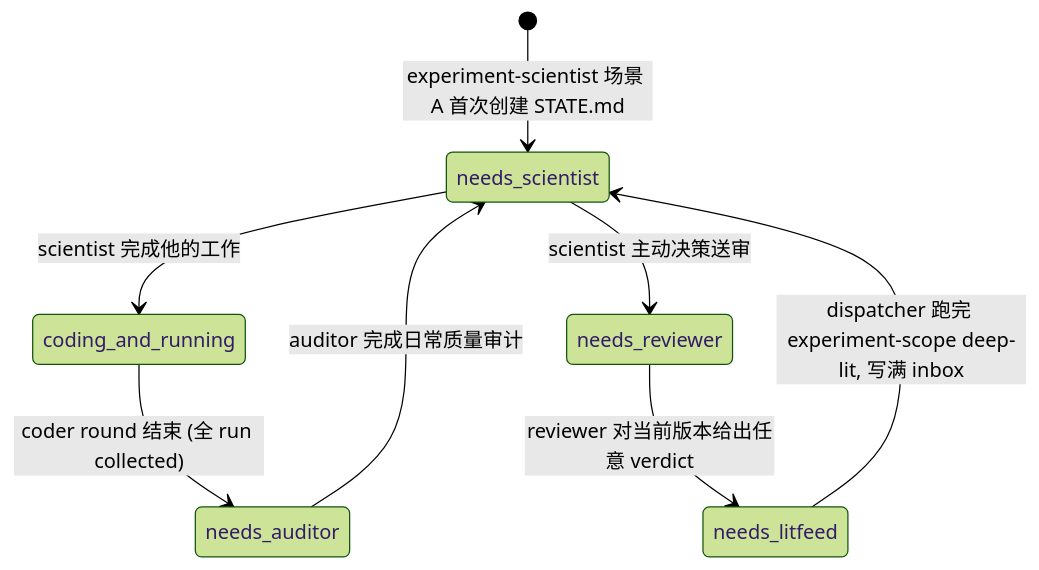
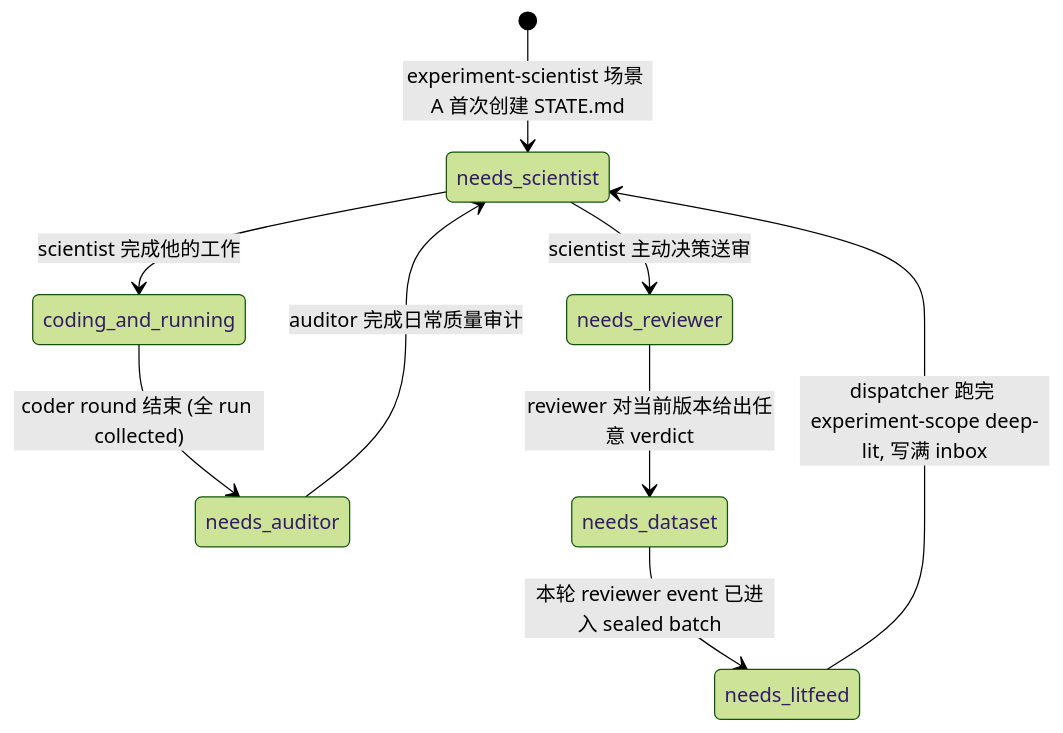
Before and after one commit to AutoResearch-Factory/AgonReproduce: the first of 2 diagrams in orchestrator/references/experiment_manual.md, drawn with Mermaid (forest theme). The commit also changed other lines of this file and 10 other files, not shown here.

````diff
--- a/orchestrator/references/experiment_manual.md
+++ b/orchestrator/references/experiment_manual.md
@@ -187,10 +188,11 @@
 ```mermaid
 stateDiagram-v2
     [*] --> needs_scientist: experiment-scientist 场景 A 首次创建 STATE.md
     needs_scientist --> coding_and_running: scientist 完成他的工作
     coding_and_running --> needs_auditor: coder round 结束 (全 run collected)
     needs_auditor --> needs_scientist: auditor 完成日常质量审计
     needs_scientist --> needs_reviewer: scientist 主动决策送审
-    needs_reviewer --> needs_litfeed: reviewer 对当前版本给出任意 verdict
+    needs_reviewer --> needs_dataset: reviewer 对当前版本给出任意 verdict
+    needs_dataset --> needs_litfeed: 本轮 reviewer event 已进入 sealed batch
     needs_litfeed --> needs_scientist: dispatcher 跑完 experiment-scope deep-lit, 写满 inbox
 ```
````
